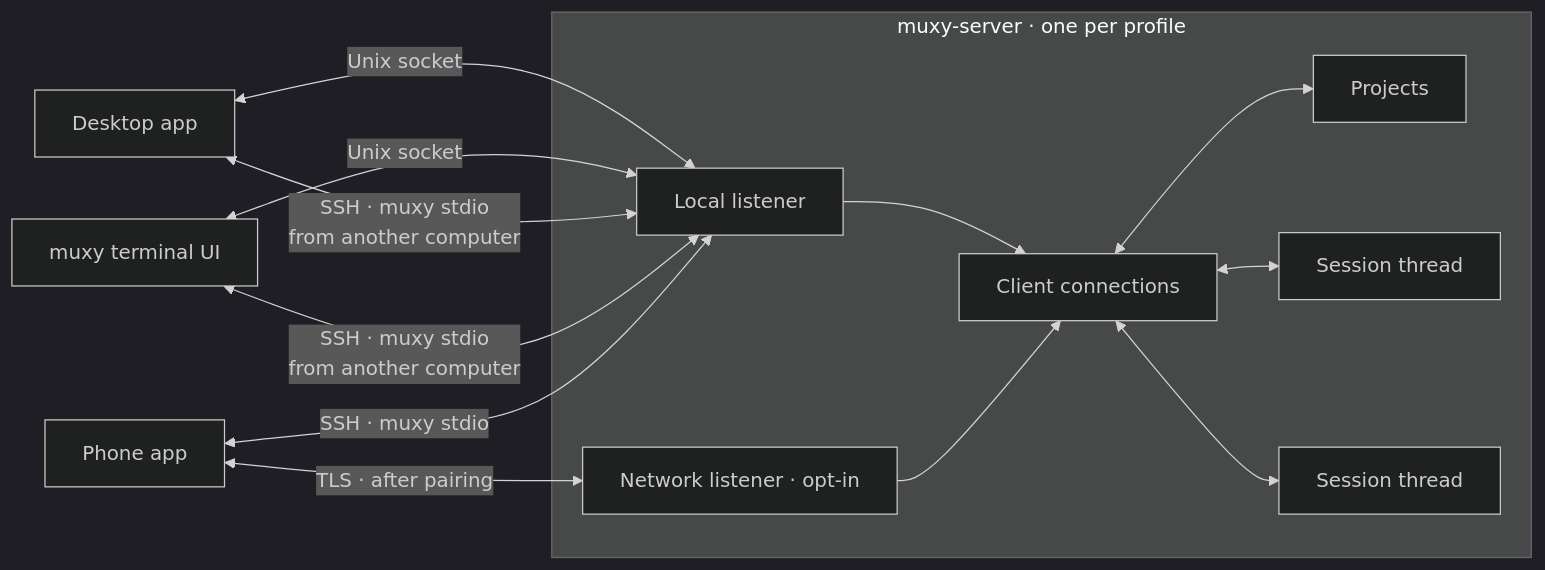
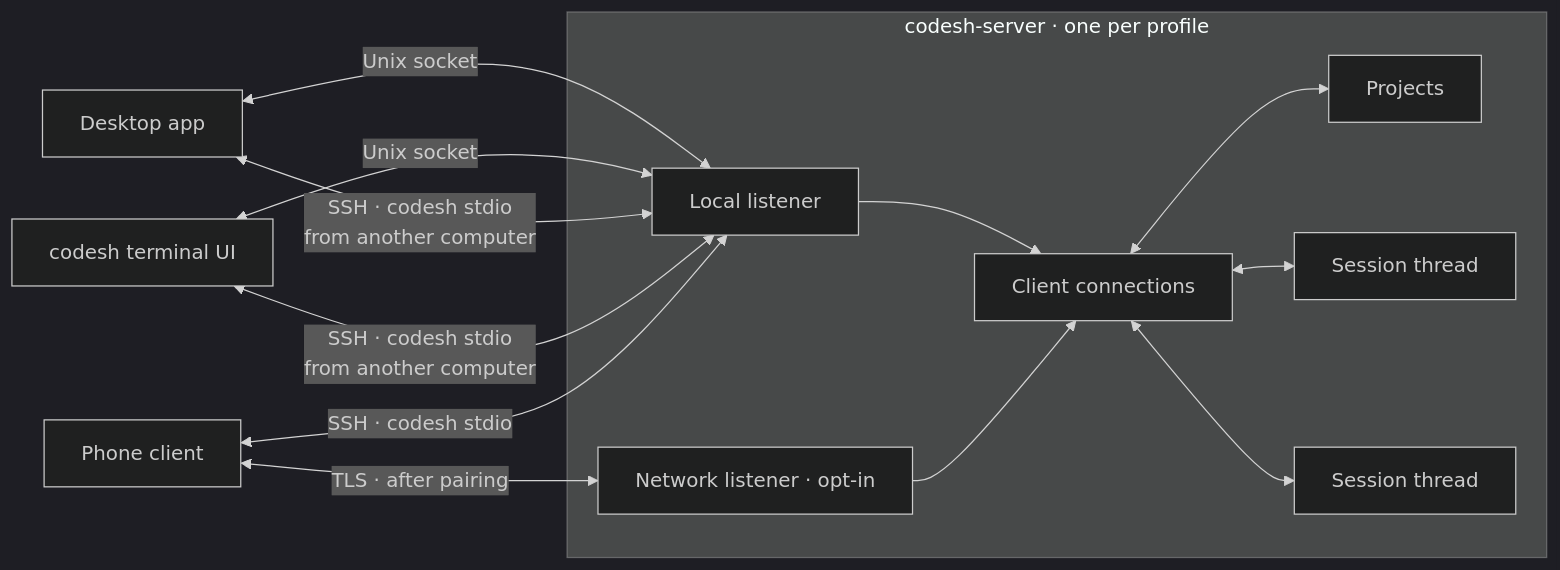
One commit to hugocxl/codesh-legacy changed the first of 5 diagrams in docs/tech/architecture.md. Above: the diagram before and after it, drawn with Mermaid (dark theme). The commit also changed other lines of this file and 2136 other files, not shown here.

Commit message:
Rename to Codesh and remove Muxy legacy

````diff
--- a/docs/tech/architecture.md
+++ b/docs/tech/architecture.md
@@ -7,22 +7,22 @@
 ```mermaid
 flowchart LR
     DESKTOP["Desktop app"] <-->|"Unix socket"| LOCAL
-    TUI["muxy terminal UI"] <-->|"Unix socket"| LOCAL
-    DESKTOP <-->|"SSH · muxy stdio<br/>from another computer"| LOCAL
-    TUI <-->|"SSH · muxy stdio<br/>from another computer"| LOCAL
-    PHONE["Phone app"] <-->|"TLS · after pairing"| NETWORK
-    PHONE <-->|"SSH · muxy stdio"| LOCAL
-    subgraph SERVER["muxy-server · one per profile"]
+    TUI["codesh terminal UI"] <-->|"Unix socket"| LOCAL
+    DESKTOP <-->|"SSH · codesh stdio<br/>from another computer"| LOCAL
+    TUI <-->|"SSH · codesh stdio<br/>from another computer"| LOCAL
+    PHONE["Phone client"] <-->|"TLS · after pairing"| NETWORK
+    PHONE <-->|"SSH · codesh stdio"| LOCAL
+    subgraph SERVER["codesh-server · one per profile"]
         LOCAL["Local listener"]
         NETWORK["Network listener · opt-in"]
         CONNECTION["Client connections"]
         CATALOG["Projects"]
         S1["Session thread"]
         S2["Session thread"]
         LOCAL --> CONNECTION
         NETWORK --> CONNECTION
         CONNECTION <--> CATALOG
         CONNECTION <--> S1
         CONNECTION <--> S2
     end
 ```
````
